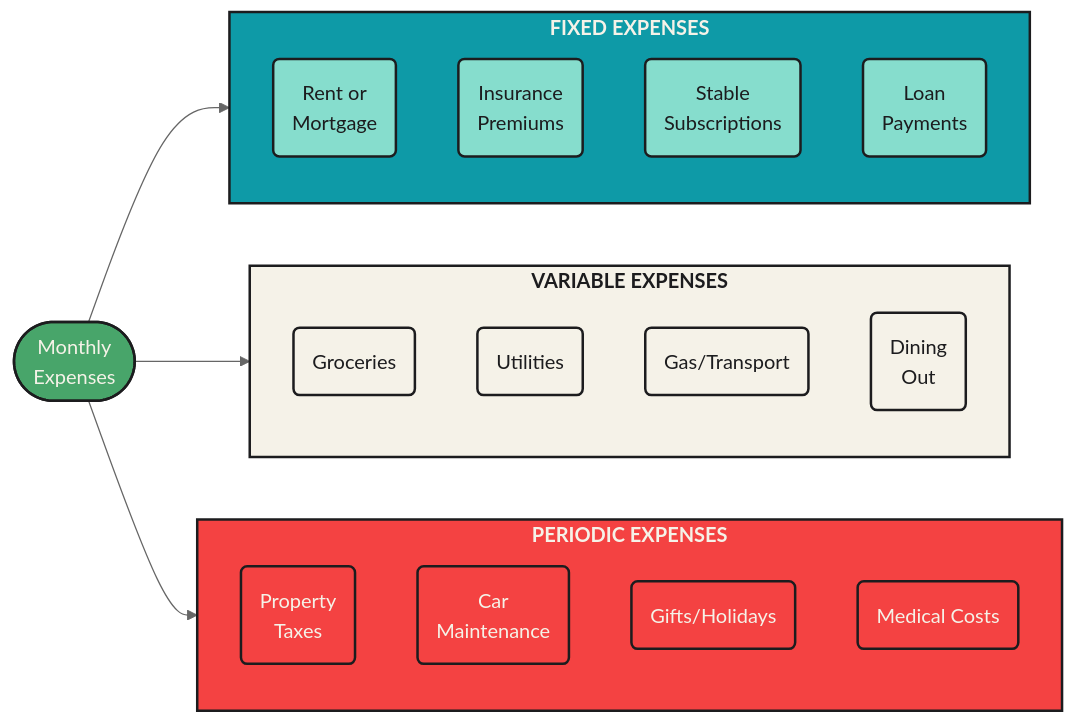
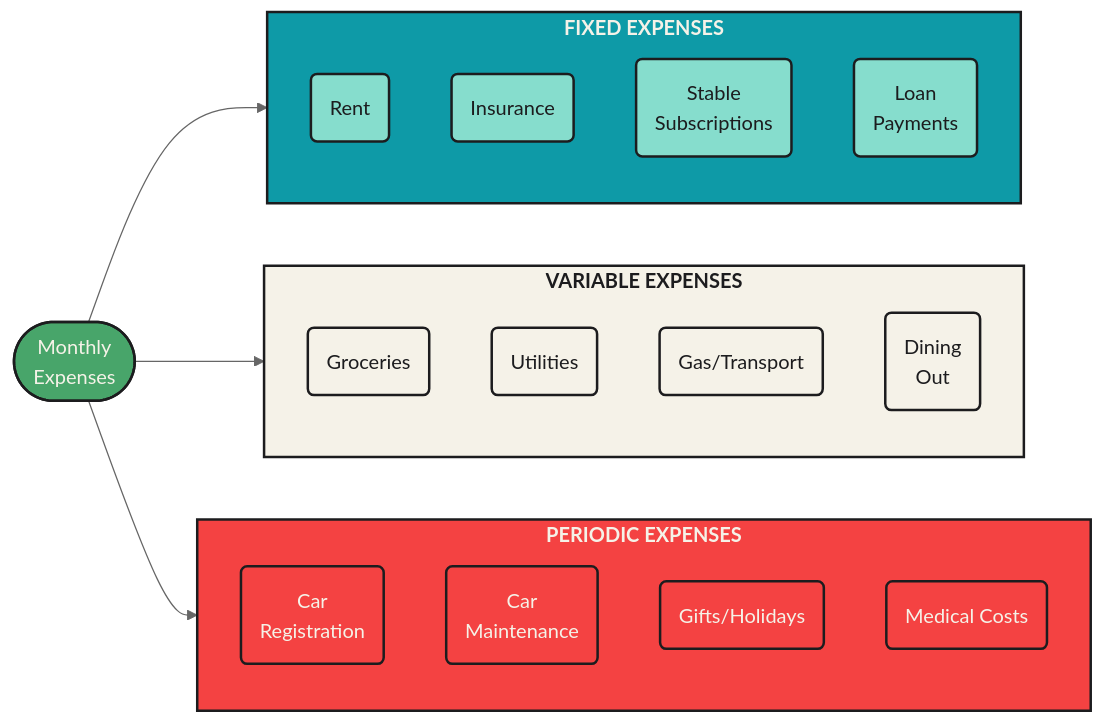
One commit to mjfrigaard/fm-finance changed the first of 4 diagrams in budgeting.qmd. Above: the diagram before and after it, drawn with Mermaid. The commit also changed other lines of this file and 22 other files, not shown here.

````diff
--- a/budgeting.qmd
+++ b/budgeting.qmd
@@ -63,56 +63,56 @@
 ```{mermaid}
 %%| fig-cap: 'Fixed vs. Variable Expenses'
 %%| fig-align: center
 %%{init: {'theme': 'neutral', 'themeVariables': { 'fontFamily': 'monospace', "darkMode":false, "fontSize":"16px"}}}%%
 
 flowchart LR
 
     Expenses(["Monthly<br>Expenses"])
     
     subgraph Fixed["<strong>FIXED EXPENSES</strong>"]
-        Rent("Rent or<br>Mortgage")
-        Insurance("Insurance<br>Premiums")
+        Rent("Rent")
+        Insurance("Insurance")
         Subs("Stable<br>Subscriptions")
         Loans("Loan<br>Payments")
     end
     
     subgraph Variable["<strong>VARIABLE EXPENSES</strong>"]
         Groceries("Groceries")
         Utilities("Utilities")
         Gas("Gas/Transport")
         Dining("Dining<br>Out")
     end
 
     subgraph Periodic["<strong>PERIODIC EXPENSES</strong>"]
-        Taxes("Property<br>Taxes")
+        Taxes("Car<br>Registration")
         CarMaint("Car<br>Maintenance")
         Gifts("Gifts/Holidays")
         Medical("Medical Costs")
     end
     
     Expenses --> Fixed  
     Expenses --> Variable 
     Expenses --> Periodic
     
     style Expenses fill:#48a56a,color:#F5F2E8,stroke:#1C1C1E,stroke-width:2px
     
     style Fixed fill:#0e9aa7,color:#F5F2E8,stroke:#1C1C1E,stroke-width:2px
     style Rent fill:#86ddcd,color:#1C1C1E,stroke:#1C1C1E,stroke-width:2px
     style Insurance fill:#86ddcd,color:#1C1C1E,stroke:#1C1C1E,stroke-width:2px
     style Subs fill:#86ddcd,color:#1C1C1E,stroke:#1C1C1E,stroke-width:2px
     style Loans fill:#86ddcd,color:#1C1C1E,stroke:#1C1C1E,stroke-width:2px
                         
     style Variable fill:#F5F2E8,color:#1C1C1E,stroke:#1C1C1E,stroke-width:2px
     style Groceries fill:#F5F2E8,color:#1C1C1E,stroke:#1C1C1E,stroke-width:2px
     style Utilities fill:#F5F2E8,color:#1C1C1E,stroke:#1C1C1E,stroke-width:2px
     style Gas fill:#F5F2E8,color:#1C1C1E,stroke:#1C1C1E,stroke-width:2px
     style Dining fill:#F5F2E8,color:#1C1C1E,stroke:#1C1C1E,stroke-width:2px
     
     style Periodic fill:#f44242,color:#F5F2E8,stroke:#1C1C1E,stroke-width:2px
     style Taxes fill:#f44242,color:#F5F2E8,stroke:#1C1C1E,stroke-width:2px
     style CarMaint fill:#f44242,color:#F5F2E8,stroke:#1C1C1E,stroke-width:2px
     style Gifts fill:#f44242,color:#F5F2E8,stroke:#1C1C1E,stroke-width:2px
     style Medical fill:#f44242,color:#F5F2E8,stroke:#1C1C1E,stroke-width:2px
     
     
 ```
````
